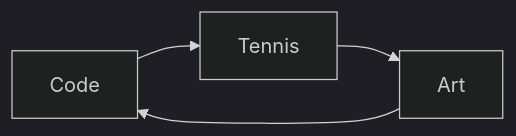
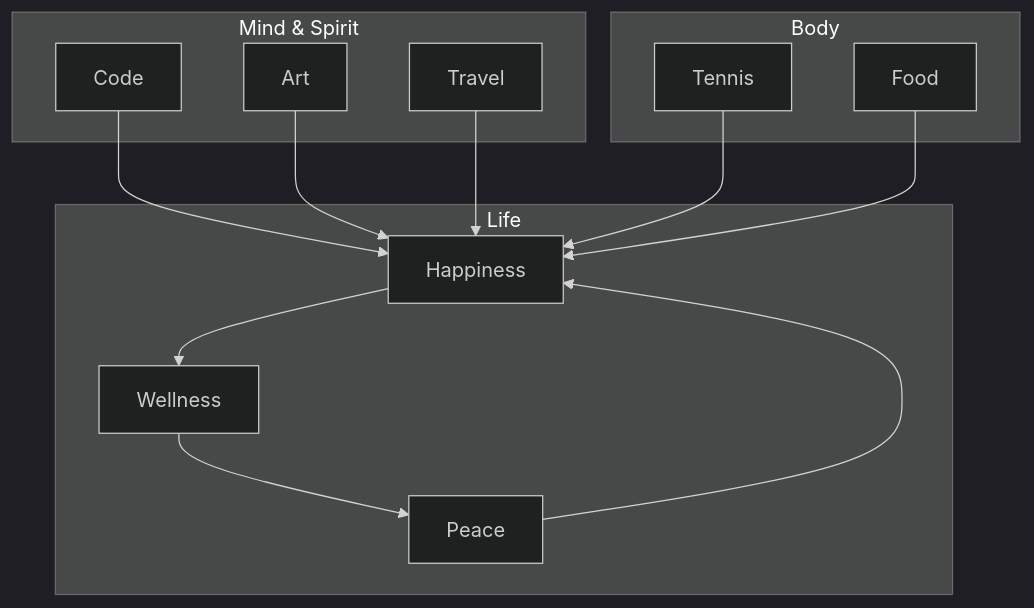
The diagram in _tabs/about.md (kumaraditya1999/dev-blog), drawn with Mermaid (dark theme) before and after one commit. The commit also changed other lines of this file, not shown here.

Commit message:
Improved about section

````diff
--- a/_tabs/about.md
+++ b/_tabs/about.md
@@ -35,9 +35,25 @@
 ```mermaid
-graph LR
-A[Code]
-B[Tennis]
-C[Art]
-A --> B
-B --> C
-C --> A
+graph TB
+  subgraph Mind & Spirit
+    A[Code]
+    C[Art]
+    D[Travel]
+  end
+  subgraph Body
+    B[Tennis]
+    G[Food]
+  end
+  subgraph Life
+    F[Happiness]
+    H[Peace]
+    K[Wellness]
+  end
+  A --> F
+  B --> F
+  C --> F
+  D --> F
+  G --> F
+  F --> K
+  K --> H
+  H --> F
 ```
````
